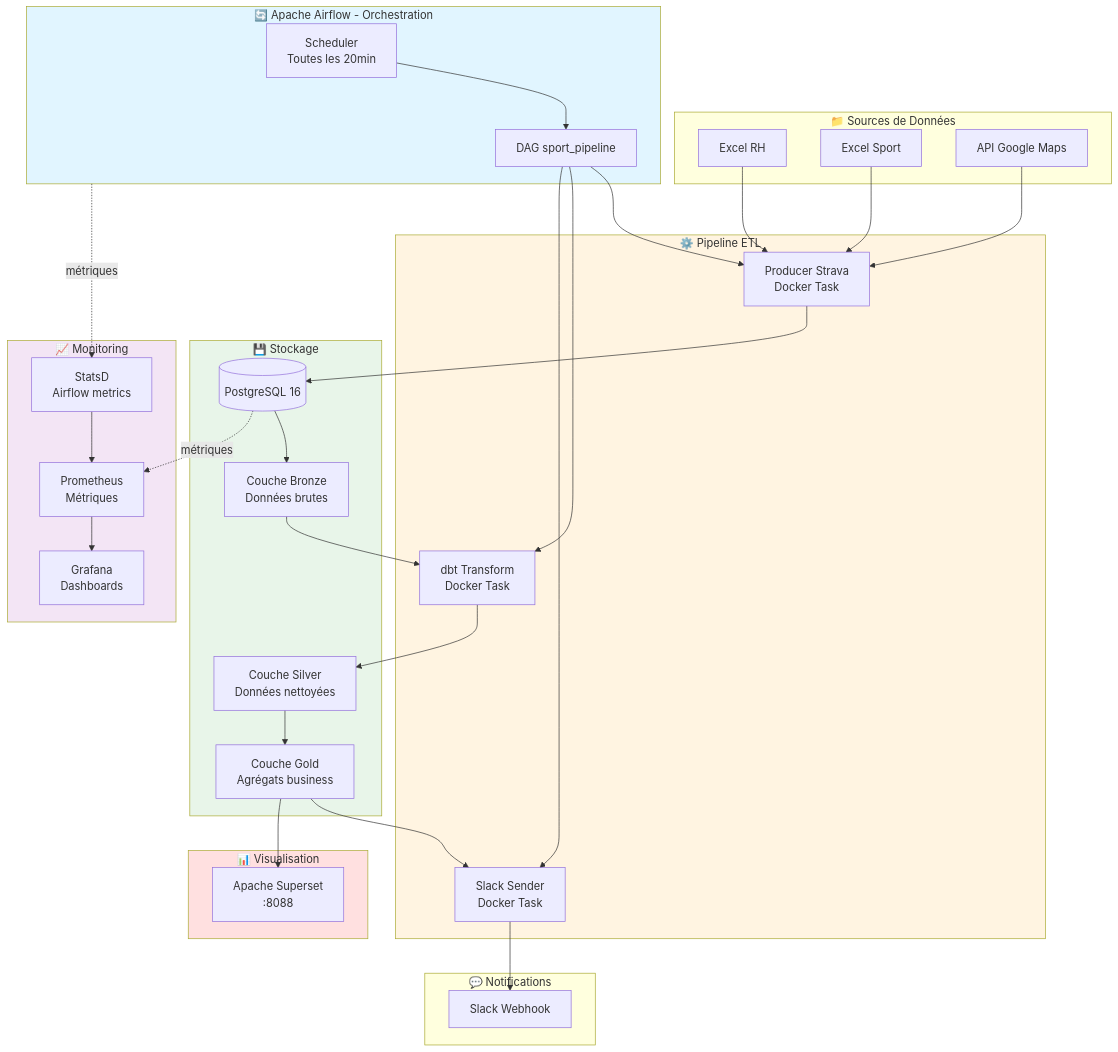
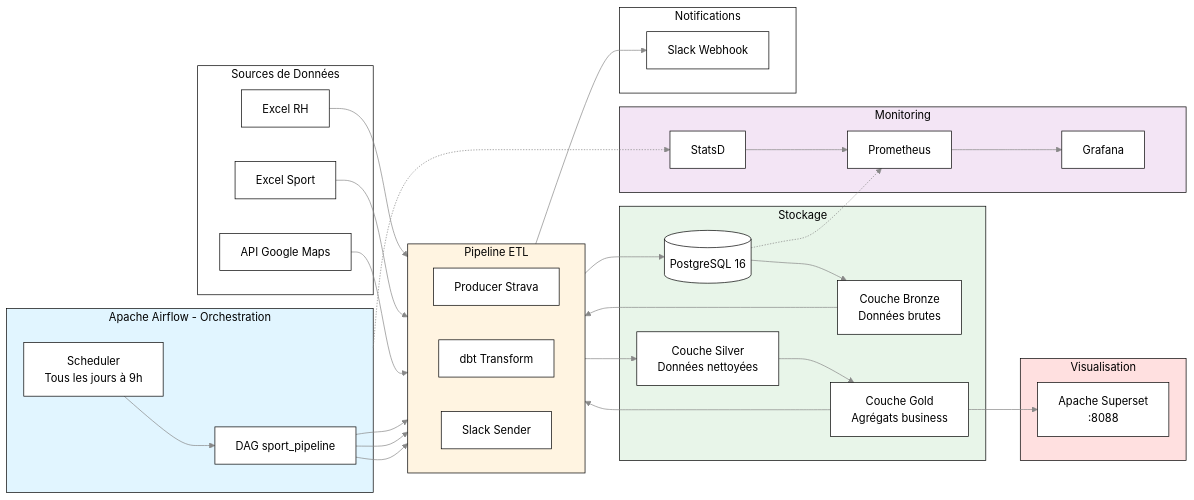
Before and after one commit to Tomtou1/projet_12_dbt_sport: the diagram in Readme.md, drawn with Mermaid. The commit also changed other lines of this file and 1 other file, not shown here.

````diff
--- a/Readme.md
+++ b/Readme.md
@@ -9,71 +10,75 @@
 ```mermaid
-graph TB
-    subgraph Sources["📁 Sources de Données"]
+%%{init: {'theme':'base', 'themeVariables': { 'primaryColor':'#fff','primaryTextColor':'#000','primaryBorderColor':'#000','lineColor':'#888','secondaryColor':'#fff','tertiaryColor':'#fff','clusterBkg':'#fff','clusterBorder':'#000','titleColor':'#000','edgeLabelBackground':'#fff'}}}%%
+graph LR
+    subgraph Sources["Sources de Données"]
         RH[Excel RH]
         Sport[Excel Sport]
         API[API Google Maps]
     end
     
-    subgraph Airflow["🔄 Apache Airflow - Orchestration"]
-        Sched[Scheduler<br/>Toutes les 20min]
+    subgraph Airflow["Apache Airflow - Orchestration"]
+        Sched[Scheduler<br/>Tous les jours à 9h]
         DAG[DAG sport_pipeline]
     end
     
-    subgraph Pipeline["⚙️ Pipeline ETL"]
-        Extract[Producer Strava<br/>Docker Task]
-        Transform[dbt Transform<br/>Docker Task]
-        Notify[Slack Sender<br/>Docker Task]
+    subgraph Pipeline["Pipeline ETL"]
+        direction LR
+        Extract[Producer Strava]
+        Transform[dbt Transform]
+        Notify[Slack Sender]
     end
     
-    subgraph Storage["💾 Stockage"]
+    subgraph Storage["Stockage"]
         PG[(PostgreSQL 16)]
         Bronze[Couche Bronze<br/>Données brutes]
         Silver[Couche Silver<br/>Données nettoyées]
         Gold[Couche Gold<br/>Agrégats business]
     end
     
-    subgraph Monitoring["📈 Monitoring"]
-        Prom[Prometheus<br/>Métriques]
-        Graf[Grafana<br/>Dashboards]
-        Stats[StatsD<br/>Airflow metrics]
+    subgraph Monitoring["Monitoring"]
+        Prom[Prometheus]
+        Graf[Grafana]
+        Stats[StatsD]
     end
     
-    subgraph Viz["📊 Visualisation"]
+    subgraph Viz["Visualisation"]
         Superset[Apache Superset<br/>:8088]
     end
     
-    subgraph Notif["💬 Notifications"]
+    subgraph Notif["Notifications"]
         Slack[Slack Webhook]
     end
     
     RH --> Extract
     Sport --> Extract
     API --> Extract
     
     Sched --> DAG
     DAG --> Extract
     Extract --> PG
     PG --> Bronze
     
     DAG --> Transform
     Bronze --> Transform
     Transform --> Silver
     Silver --> Gold
     
     DAG --> Notify
     Gold --> Notify
     Notify --> Slack
     
     Gold --> Superset
     
-    Airflow -.métriques.-> Stats
+    Airflow -. " " .-> Stats
     Stats --> Prom
     Prom --> Graf
-    PG -.métriques.-> Prom
+    PG -. " " .-> Prom
     
-    style Airflow fill:#e1f5ff
-    style Pipeline fill:#fff4e1
-    style Storage fill:#e8f5e9
-    style Monitoring fill:#f3e5f5
-    style Viz fill:#ffe0e0
+    style Airflow fill:#e1f5ff,stroke:#000,color:#000
+    style Pipeline fill:#fff4e1,stroke:#000,color:#000
+    style Storage fill:#e8f5e9,stroke:#000,color:#000
+    style Monitoring fill:#f3e5f5,stroke:#000,color:#000
+    style Viz fill:#ffe0e0,stroke:#000,color:#000
+    style Notif fill:#fff,stroke:#000,color:#000
+    style Sources fill:#fff,stroke:#000,color:#000
 ```
````
